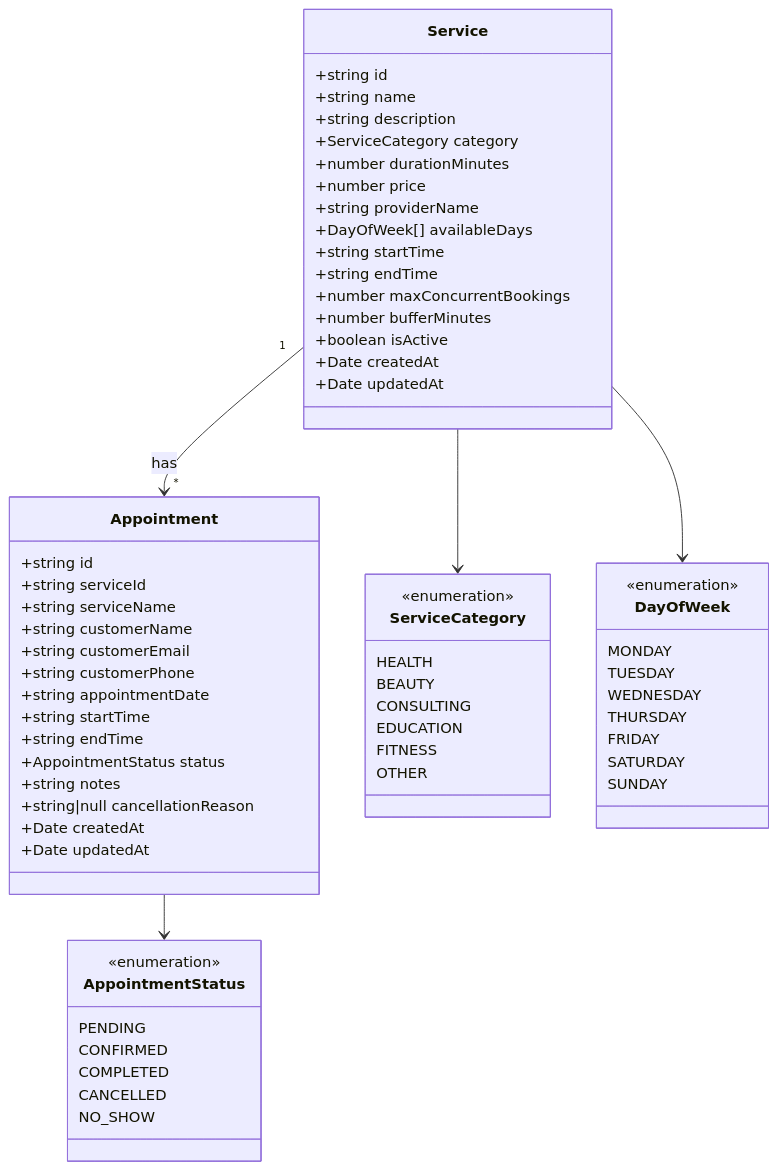
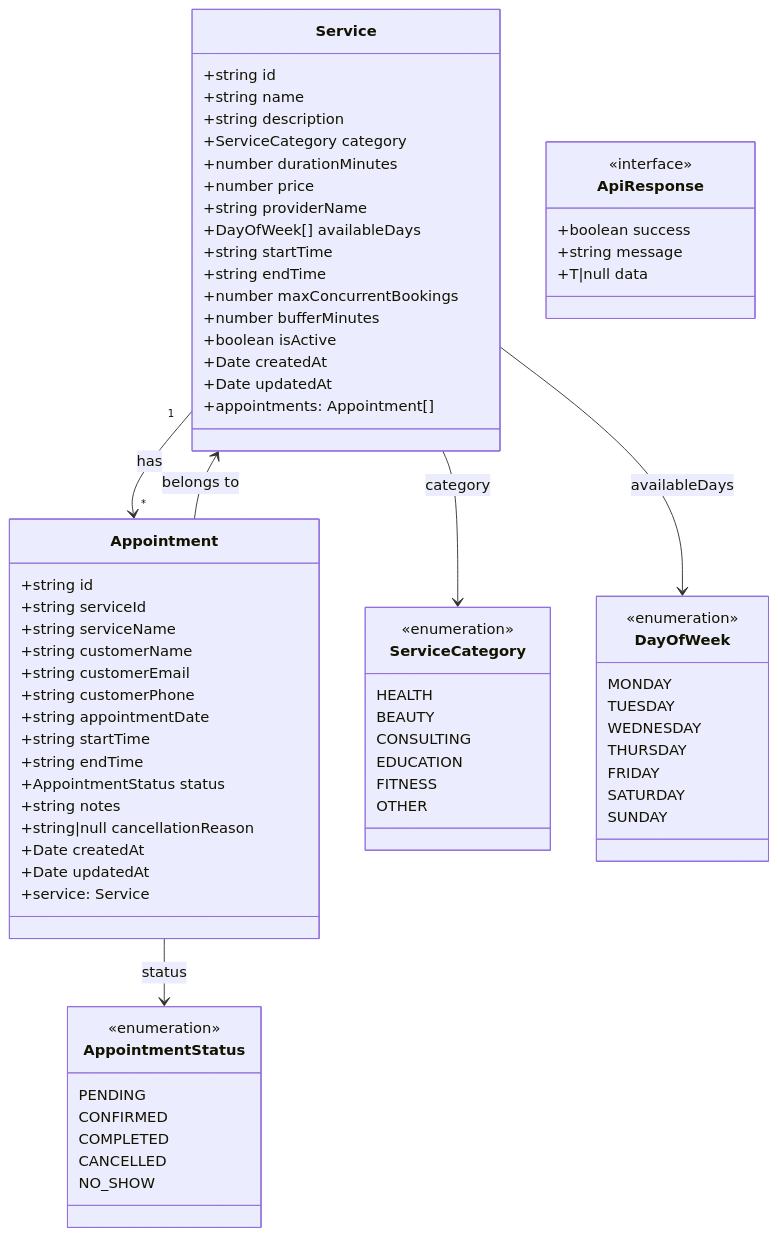
Before and after one commit to paekung/oop-typescript-final-project-2026: the first of 2 diagrams in docs/UML.md, drawn with Mermaid. The commit also changed other lines of this file and 3 other files, not shown here.

````diff
--- a/docs/UML.md
+++ b/docs/UML.md
@@ -5,72 +7,82 @@
 ```mermaid
 classDiagram
     class Service {
         +string id
         +string name
         +string description
         +ServiceCategory category
         +number durationMinutes
         +number price
         +string providerName
         +DayOfWeek[] availableDays
         +string startTime
         +string endTime
         +number maxConcurrentBookings
         +number bufferMinutes
         +boolean isActive
         +Date createdAt
         +Date updatedAt
+        +appointments: Appointment[]
     }
 
     class Appointment {
         +string id
         +string serviceId
         +string serviceName
         +string customerName
         +string customerEmail
         +string customerPhone
         +string appointmentDate
         +string startTime
         +string endTime
         +AppointmentStatus status
         +string notes
         +string|null cancellationReason
         +Date createdAt
         +Date updatedAt
+        +service: Service
     }
 
     class ServiceCategory {
         <<enumeration>>
         HEALTH
         BEAUTY
         CONSULTING
         EDUCATION
         FITNESS
         OTHER
     }
 
     class DayOfWeek {
         <<enumeration>>
         MONDAY
         TUESDAY
         WEDNESDAY
         THURSDAY
         FRIDAY
         SATURDAY
         SUNDAY
     }
 
     class AppointmentStatus {
         <<enumeration>>
         PENDING
         CONFIRMED
         COMPLETED
         CANCELLED
         NO_SHOW
     }
 
+    class ApiResponse {
+        <<interface>>
+        +boolean success
+        +string message
+        +T|null data
+    }
+
     Service "1" --> "*" Appointment : has
-    Service --> ServiceCategory
-    Service --> DayOfWeek
-    Appointment --> AppointmentStatus
+    Service --> ServiceCategory : category
+    Service --> DayOfWeek : availableDays
+    Appointment --> AppointmentStatus : status
+    Appointment --> Service : belongs to
 ```
````
